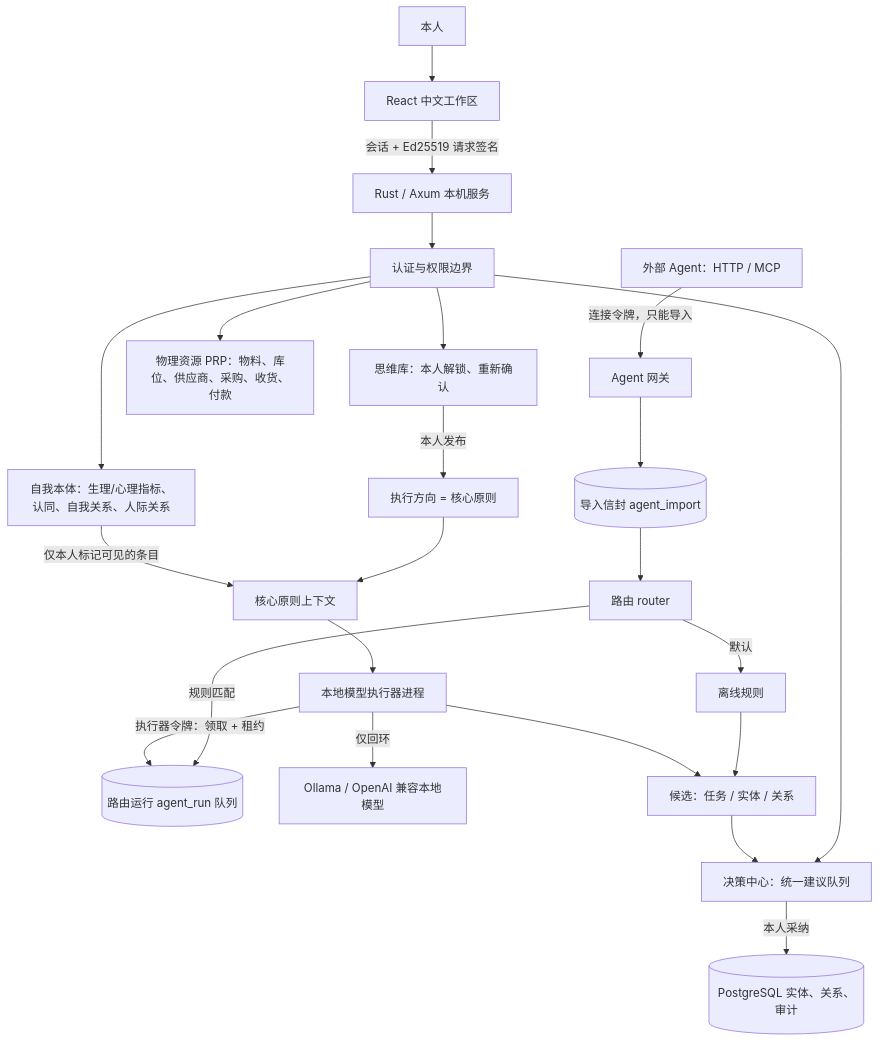
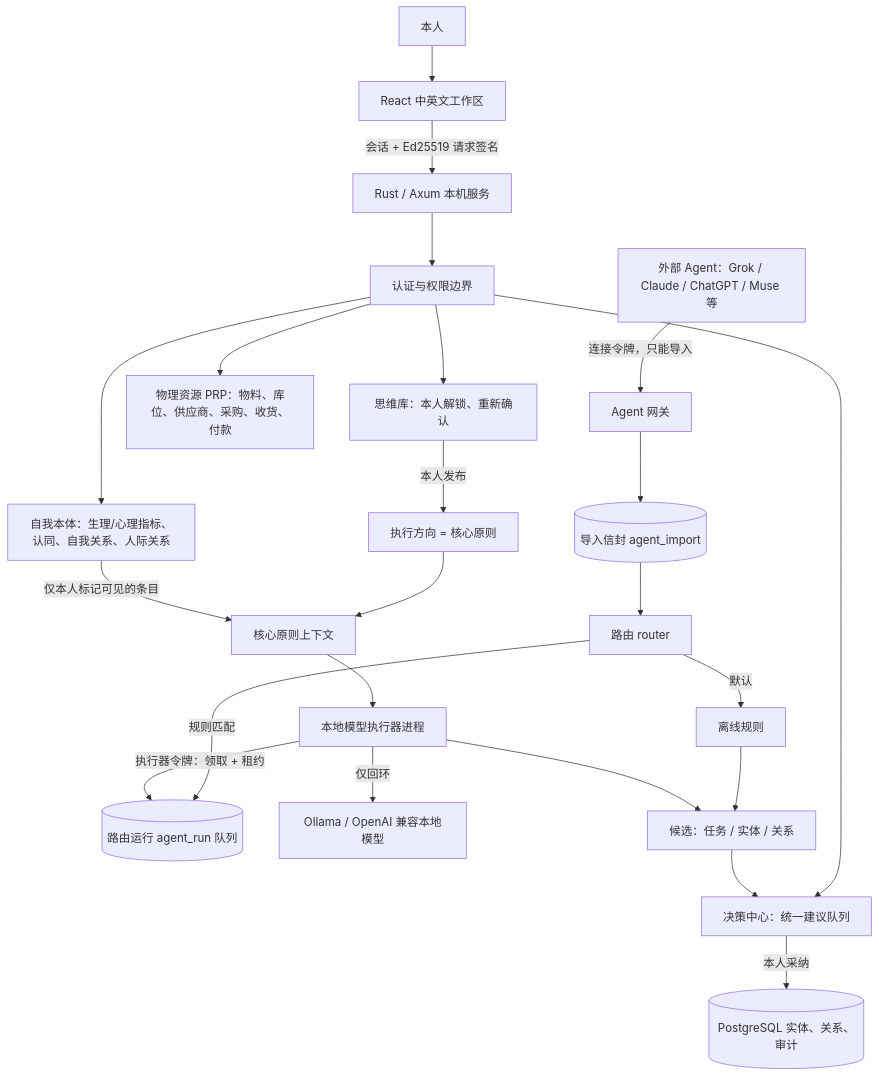
Before and after one commit to selfevo-AI/prm: the diagram in docs/ARCHITECTURE.md, drawn with Mermaid. The commit also changed other lines of this file and 46 other files, not shown here.

````diff
--- a/docs/ARCHITECTURE.md
+++ b/docs/ARCHITECTURE.md
@@ -48,25 +48,25 @@
 ```mermaid
 flowchart TB
-    U[本人] --> UI[React 中文工作区]
+    U[本人] --> UI[React 中英文工作区]
     UI -->|会话 + Ed25519 请求签名| S[Rust / Axum 本机服务]
     S --> G[认证与权限边界]
     G --> V[思维库：本人解锁、重新确认]
     G --> SELF[自我本体：生理/心理指标、认同、自我关系、人际关系]
     G --> PRP[物理资源 PRP：物料、库位、供应商、采购、收货、付款]
     G --> DEC[决策中心：统一建议队列]
     V -->|本人发布| DIR[执行方向 = 核心原则]
-    X[外部 Agent：HTTP / MCP] -->|连接令牌，只能导入| GW[Agent 网关]
+    X[外部 Agent：Grok / Claude / ChatGPT / Muse 等] -->|连接令牌，只能导入| GW[Agent 网关]
     GW --> IMP[(导入信封 agent_import)]
     IMP --> R[路由 router]
     R -->|默认| OFF[离线规则]
     R -->|规则匹配| Q[(路由运行 agent_run 队列)]
     W[本地模型执行器进程] -->|执行器令牌：领取 + 租约| Q
     W -->|仅回环| LLM[Ollama / OpenAI 兼容本地模型]
     DIR --> P[核心原则上下文]
     SELF -->|仅本人标记可见的条目| P
     P --> W
     OFF --> C[候选：任务 / 实体 / 关系]
     W --> C
     C --> DEC
     DEC -->|本人采纳| ONT[(PostgreSQL 实体、关系、审计)]
 ```
````
